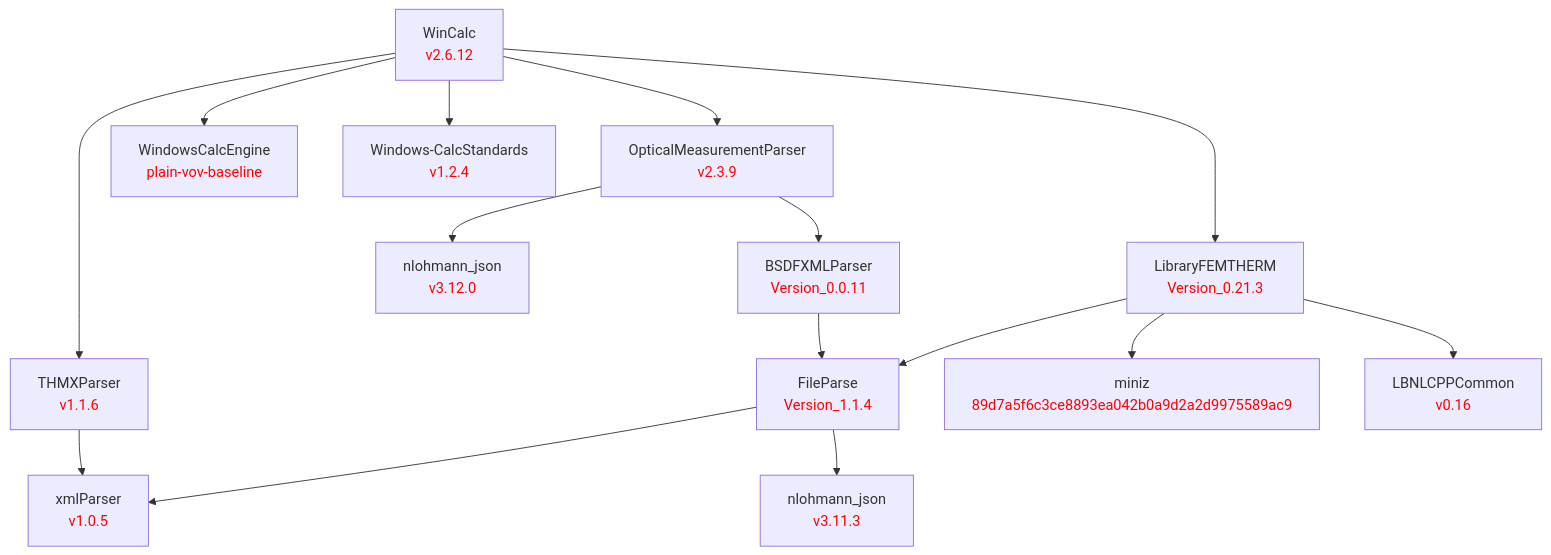
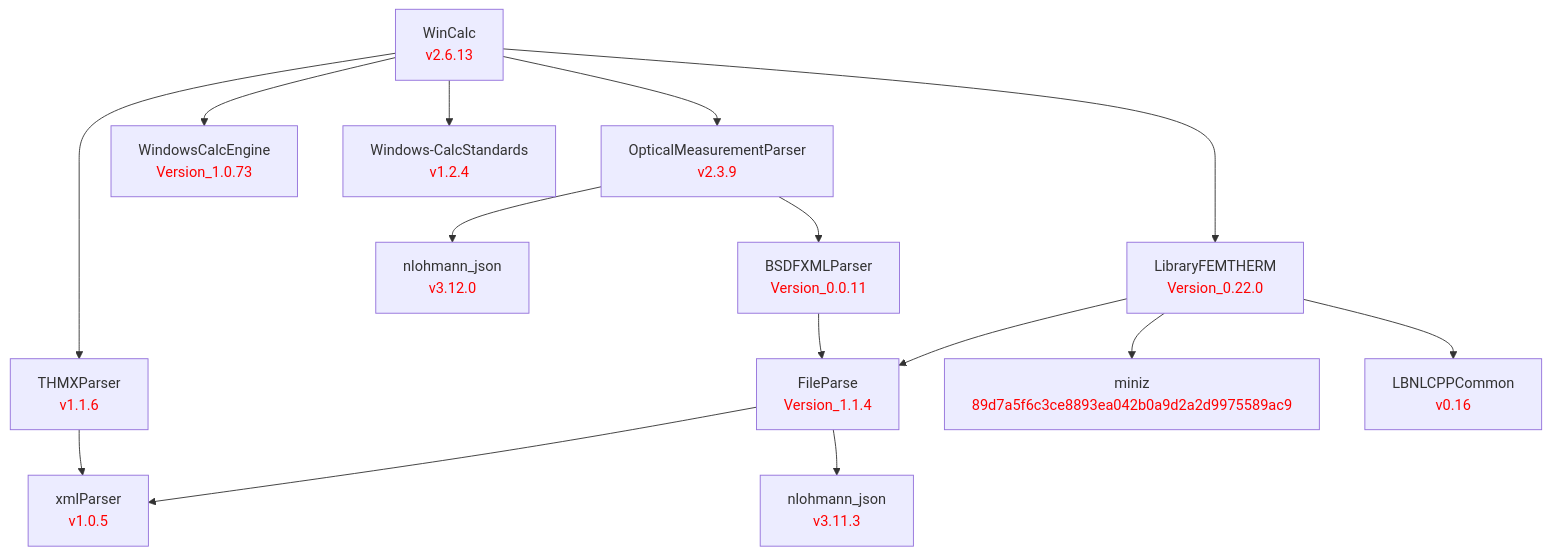
The diagram in doc/WinCalc.md (LBNL-ETA/WinCalc), drawn with Mermaid before and after one commit. The commit also changed 1 other file, not shown here.

Commit message:
Bump version to 2.6.13; LibraryFEMTherm Version_0.22.0, Windows-CalcEngine Version_1.0.73

````diff
--- a/doc/WinCalc.md
+++ b/doc/WinCalc.md
@@ -1,49 +1,49 @@
 ```mermaid
 graph TD
     %% Level 0
-    WinCalc[WinCalc<br/><font color='red'>v2.6.12</font>]
+    WinCalc[WinCalc<br/><font color='red'>v2.6.13</font>]
 
     %% Level 1 - direct dependencies
     OpticalMeasurementParser[OpticalMeasurementParser<br/><font color='red'>v2.3.9</font>]
     THMXParser[THMXParser<br/><font color='red'>v1.1.6</font>]
-    WindowsCalcEngine[WindowsCalcEngine<br/><font color='red'>plain-vov-baseline</font>]
+    WindowsCalcEngine[WindowsCalcEngine<br/><font color='red'>Version_1.0.73</font>]
     Windows-CalcStandards[Windows-CalcStandards<br/><font color='red'>v1.2.4</font>]
-    LibraryFEMTHERM[LibraryFEMTHERM<br/><font color='red'>Version_0.21.3</font>]
+    LibraryFEMTHERM[LibraryFEMTHERM<br/><font color='red'>Version_0.22.0</font>]
 
     %% Level 2
     nlohmann_omp[nlohmann_json<br/><font color='red'>v3.12.0</font>]
     BSDFXMLParser[BSDFXMLParser<br/><font color='red'>Version_0.0.11</font>]
     FileParse[FileParse<br/><font color='red'>Version_1.1.4</font>]
     miniz[miniz<br/><font color='red'>89d7a5f6c3ce8893ea042b0a9d2a2d9975589ac9</font>]
     LBNLCPPCommon[LBNLCPPCommon<br/><font color='red'>v0.16</font>]
 
     %% Level 3
     xmlParser[xmlParser<br/><font color='red'>v1.0.5</font>]
     nlohmann_fp[nlohmann_json<br/><font color='red'>v3.11.3</font>]
 
     %% WinCalc dependencies
     WinCalc --> OpticalMeasurementParser
     WinCalc --> THMXParser
     WinCalc --> WindowsCalcEngine
     WinCalc --> Windows-CalcStandards
     WinCalc --> LibraryFEMTHERM
 
     %% OpticalMeasurementParser dependencies
     OpticalMeasurementParser --> nlohmann_omp
     OpticalMeasurementParser --> BSDFXMLParser
 
     %% LibraryFEMTHERM dependencies
     LibraryFEMTHERM --> FileParse
     LibraryFEMTHERM --> miniz
     LibraryFEMTHERM --> LBNLCPPCommon
 
     %% BSDFXMLParser dependencies
     BSDFXMLParser --> FileParse
 
     %% FileParse dependencies
     FileParse --> xmlParser
     FileParse --> nlohmann_fp
 
     %% THMXParser dependencies
     THMXParser --> xmlParser
 ```
````
